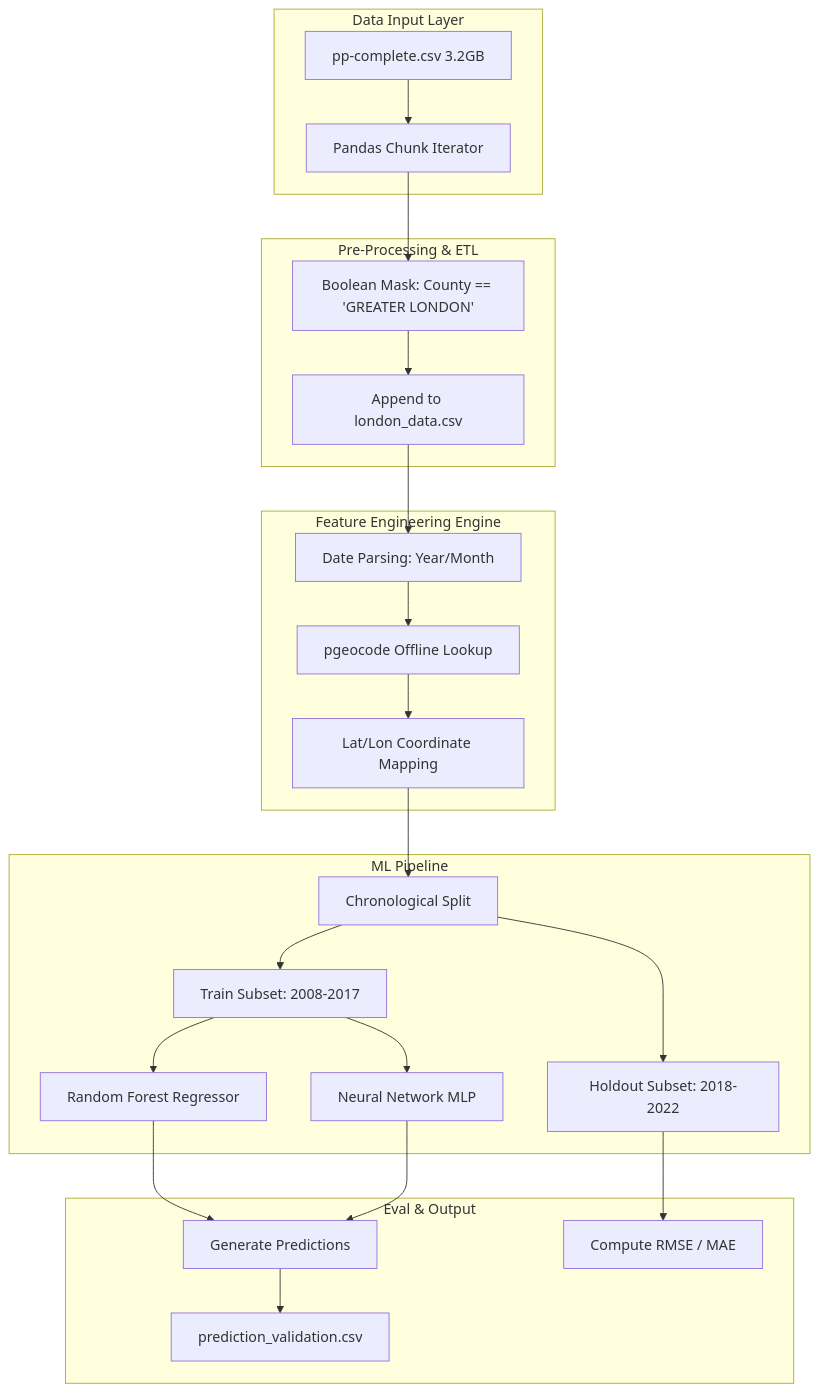
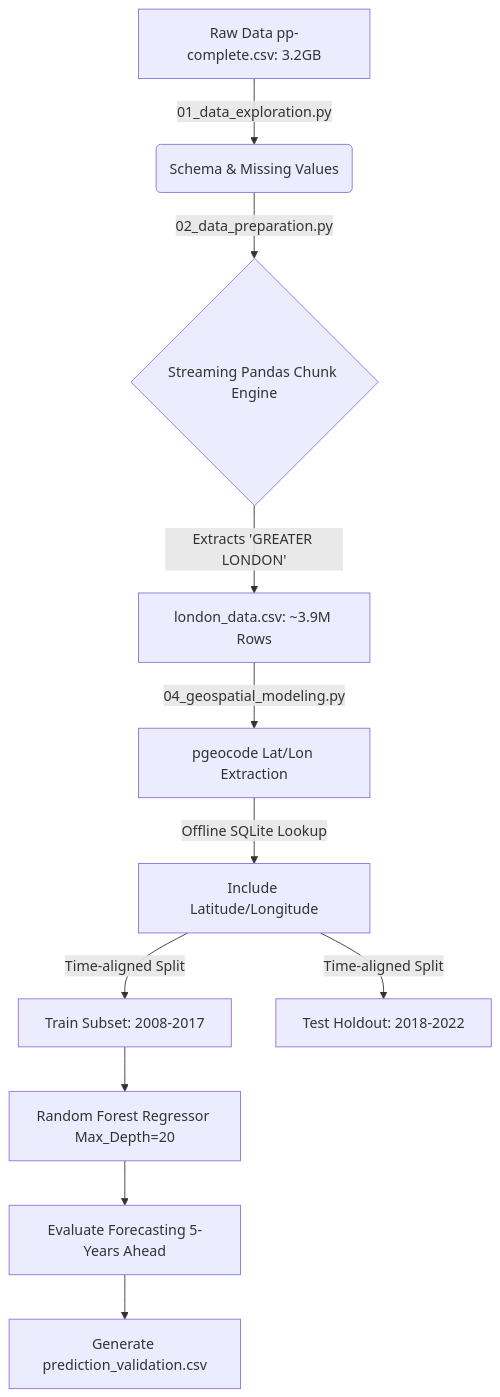
One commit to SuyeshaMitra/Real_Estate_Demand_Estmation changed the diagram in walkthrough.md. Above: the diagram before and after it, drawn with Mermaid. The commit also changed other lines of this file and 3 other files, not shown here.

Commit message:
Added explicitly calculated Error Precision and Model Accuracy percentages per prediction to validation outputs and README.

````diff
--- a/walkthrough.md
+++ b/walkthrough.md
@@ -11,33 +11,13 @@
 ```mermaid
 flowchart TD
-    subgraph Data Input Layer
-        Raw[pp-complete.csv 3.2GB] --> Chunking[Pandas Chunk Iterator]
-    end
-
-    subgraph Pre-Processing & ETL
-        Chunking --> Filter[Boolean Mask: County == 'GREATER LONDON']
-        Filter --> IO[Append to london_data.csv]
-    end
-
-    subgraph "Feature Engineering Engine"
-        IO --> Base[Date Parsing: Year/Month]
-        Base --> GeoAPI[pgeocode Offline Lookup]
-        GeoAPI --> Merge[Lat/Lon Coordinate Mapping]
-    end
-
-    subgraph ML Pipeline
-        Merge --> Split[Chronological Split]
-        Split --> Train[Train Subset: 2008-2017]
-        Split --> Test[Holdout Subset: 2018-2022]
-        
-        Train --> RF[Random Forest Regressor]
-        Train --> MLP[Neural Network MLP]
-    end
-
-    subgraph Eval & Output
-        RF --> Pred[Generate Predictions]
-        MLP --> Pred
-        Test --> Metrics[Compute RMSE / MAE]
-        Pred --> Export[prediction_validation.csv]
-    end
+    A[Raw Data pp-complete.csv: 3.2GB] -->|01_data_exploration.py| B(Schema & Missing Values)
+    B -->|02_data_preparation.py| C{Streaming Pandas Chunk Engine}
+    C -->|Extracts 'GREATER LONDON'| D[london_data.csv: ~3.9M Rows]
+    D -->|04_geospatial_modeling.py| E[pgeocode Lat/Lon Extraction]
+    E -->|Offline SQLite Lookup| F[Include Latitude/Longitude]
+    F -->|Time-aligned Split| G[Train Subset: 2008-2017]
+    F -->|Time-aligned Split| H[Test Holdout: 2018-2022]
+    G --> I[Random Forest Regressor Max_Depth=20]
+    I --> K[Evaluate Forecasting 5-Years Ahead]
+    K --> L[Generate prediction_validation.csv]
 ```
````
